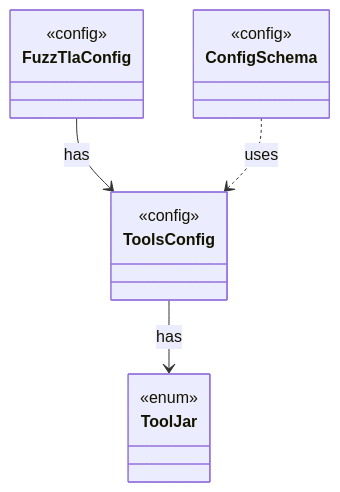
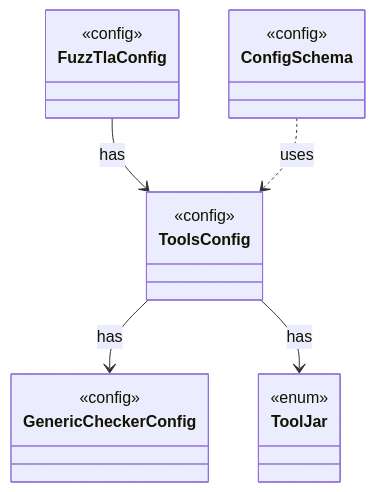
The diagram in dev/types/io.github.tlaplus.hardening.config.ToolsConfig.md (tlaplus/model-checker-hardening), drawn with Mermaid before and after one commit. The commit also changed other lines of this file and 419 other files, not shown here.

````diff
--- a/dev/types/io.github.tlaplus.hardening.config.ToolsConfig.md
+++ b/dev/types/io.github.tlaplus.hardening.config.ToolsConfig.md
@@ -9,18 +9,22 @@
 ```mermaid
 classDiagram
   class ToolsConfig {
+    <<config>>
+  }
+  class GenericCheckerConfig {
     <<config>>
   }
   class ToolJar {
     <<enum>>
   }
   class FuzzTlaConfig {
     <<config>>
   }
   class ConfigSchema {
     <<config>>
   }
+  ToolsConfig --> GenericCheckerConfig : has
   ToolsConfig --> ToolJar : has
   FuzzTlaConfig --> ToolsConfig : has
   ConfigSchema ..> ToolsConfig : uses
 ```
````
